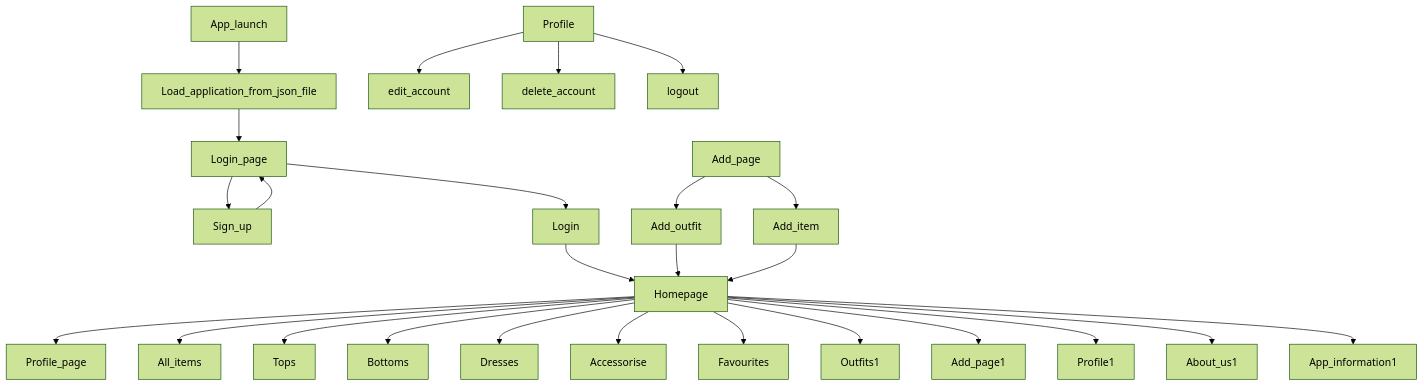
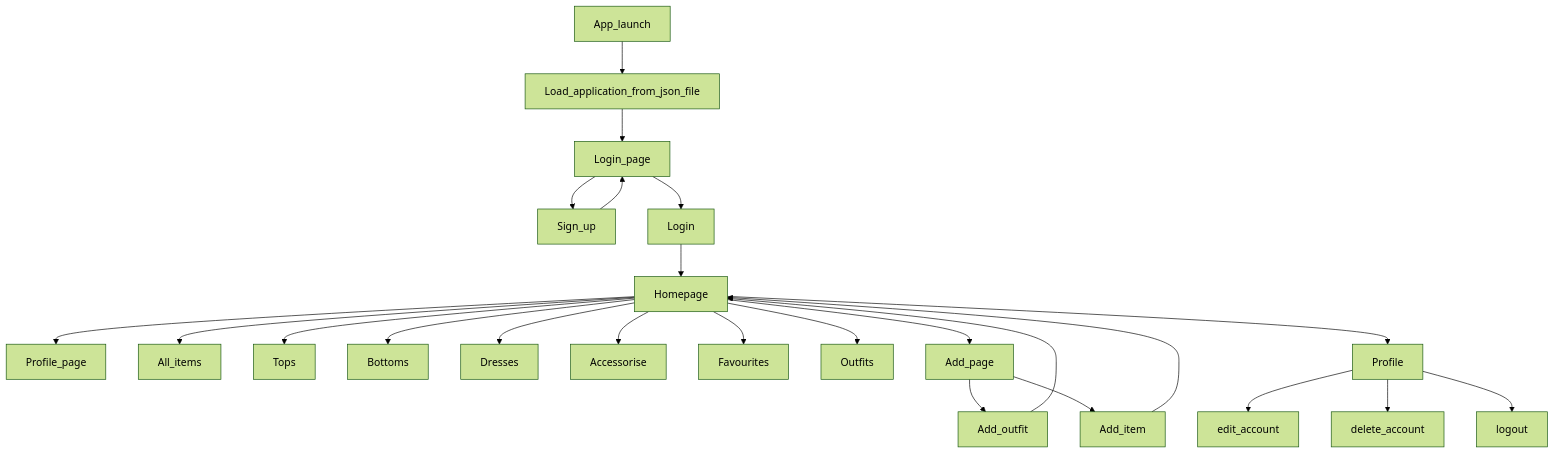
The diagram in readme.md (IreneAvezzu/test_), drawn with Mermaid (forest theme) before and after one commit.

````diff
--- a/readme.md
+++ b/readme.md
@@ -5,30 +5,28 @@
 ```mermaid
 graph TD;
   App_launch-->Load_application_from_json_file;
   Load_application_from_json_file-->Login_page;
   Login_page-->Sign_up;
   Sign_up-->Login_page;
   Login_page-->Login;
   Login-->Homepage;
   Homepage-->Profile_page;
   Homepage-->All_items;
   Homepage-->Tops;
   Homepage-->Bottoms;
   Homepage-->Dresses;
   Homepage-->Accessorise;
   Homepage-->Favourites;
-  Homepage-->Outfits1;
-  Homepage-->Add_page1;
-  Homepage-->Profile1;
-  Homepage-->About_us1;
-  Homepage-->App_information1;
+  Homepage-->Outfits;
+  Homepage-->Add_page;
+  Homepage-->Profile;
   
   Add_page-->Add_outfit;
   Add_page-->Add_item;
   Add_outfit-->Homepage;
   Add_item-->Homepage;
   Profile-->edit_account;
   Profile-->delete_account;
   Profile-->logout;
 
 ```
````
